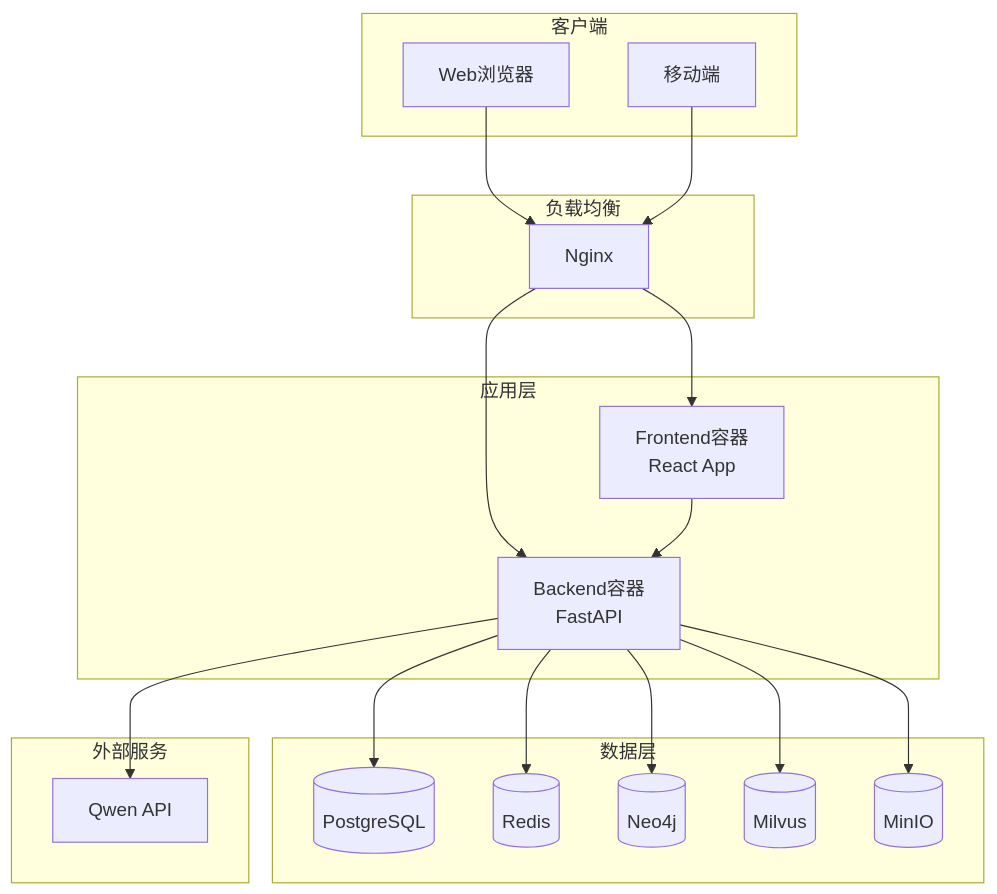
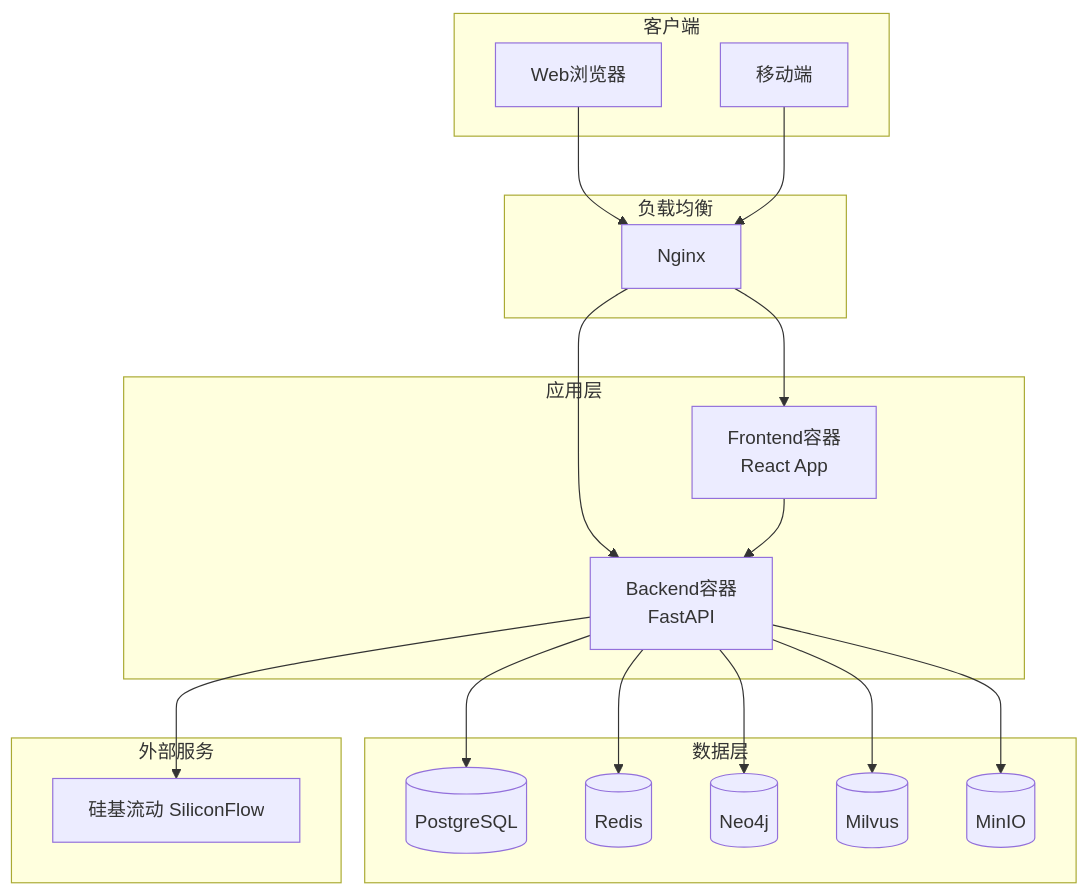
The fourth of 5 diagrams in docs/ARCHITECTURE.md (zgsddzwj/intelligent_consultation), drawn with Mermaid before and after one commit. The commit also changed other lines of this file and 5 other files, not shown here.

````diff
--- a/docs/ARCHITECTURE.md
+++ b/docs/ARCHITECTURE.md
@@ -413,40 +413,40 @@
 ```mermaid
 graph TB
     subgraph Client["客户端"]
         Browser[Web浏览器]
         Mobile[移动端]
     end
     
     subgraph LoadBalancer["负载均衡"]
         Nginx[Nginx]
     end
     
     subgraph Application["应用层"]
         Frontend[Frontend容器<br/>React App]
         Backend[Backend容器<br/>FastAPI]
     end
     
     subgraph Data["数据层"]
         PostgreSQL[(PostgreSQL)]
         Redis[(Redis)]
         Neo4j[(Neo4j)]
         Milvus[(Milvus)]
         MinIO[(MinIO)]
     end
     
     subgraph External["外部服务"]
-        Qwen[Qwen API]
+        SF[硅基流动 SiliconFlow]
     end
     
     Browser --> Nginx
     Mobile --> Nginx
     Nginx --> Frontend
     Nginx --> Backend
     Backend --> PostgreSQL
     Backend --> Redis
     Backend --> Neo4j
     Backend --> Milvus
     Backend --> MinIO
-    Backend --> Qwen
+    Backend --> SF
     Frontend --> Backend
 ```
````
